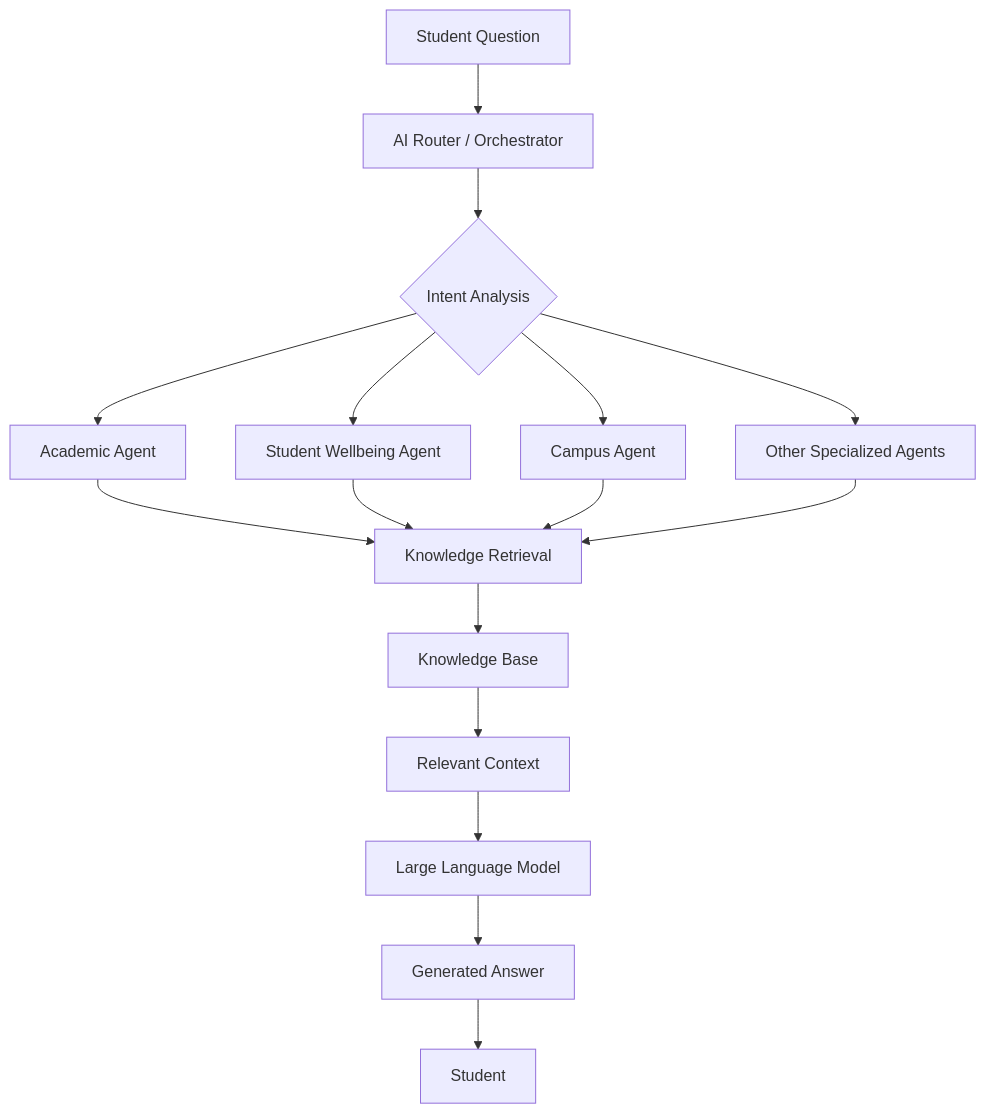
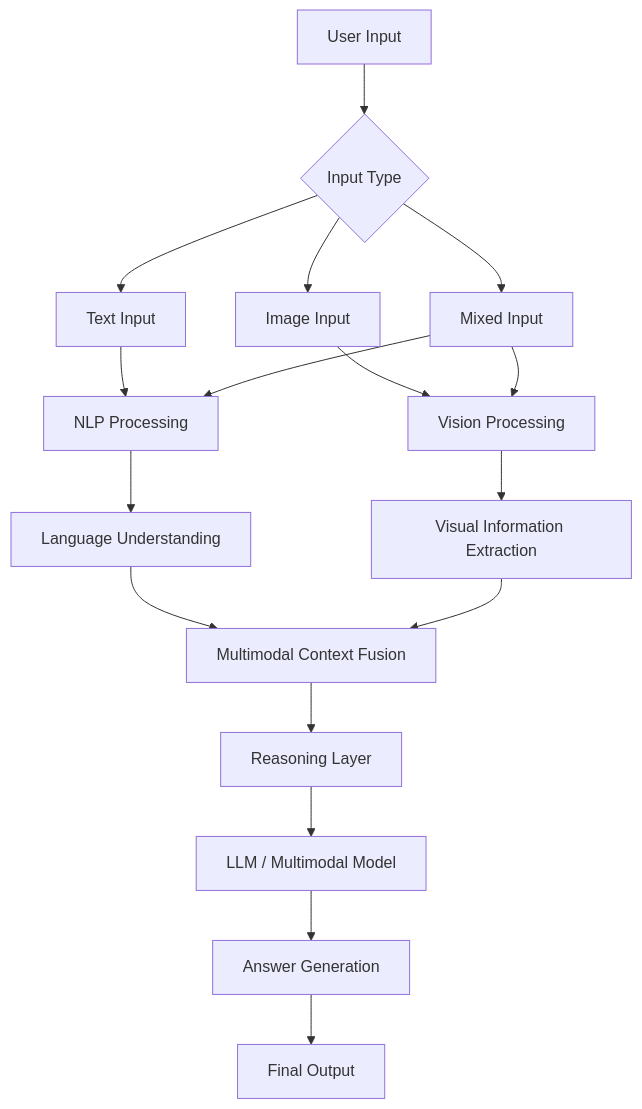
Before and after one commit to HoaiPhuoc-03/HoaiPhuoc-03: the first of 4 diagrams in README.md, drawn with Mermaid. The commit also changed other lines of this file, not shown here.

````diff
--- a/README.md
+++ b/README.md
@@ -262,27 +288,31 @@
 ```mermaid
 flowchart TD
 
-A[Student Question] --> B[AI Router / Orchestrator]
+A[User Input] --> B{Input Type}
 
-B --> C{Intent Analysis}
+B --> C[Text Input]
+B --> D[Image Input]
+B --> E[Mixed Input]
 
-C --> D[Academic Agent]
-C --> E[Student Wellbeing Agent]
-C --> F[Campus Agent]
-C --> G[Other Specialized Agents]
+C --> F[NLP Processing]
 
-D --> H[Knowledge Retrieval]
-E --> H
-F --> H
-G --> H
+D --> G[Vision Processing]
 
-H --> I[Knowledge Base]
+E --> F
+E --> G
 
-I --> J[Relevant Context]
+F --> H[Language Understanding]
 
-J --> K[Large Language Model]
+G --> I[Visual Information Extraction]
 
-K --> L[Generated Answer]
+H --> J[Multimodal Context Fusion]
+I --> J
 
-L --> M[Student]
+J --> K[Reasoning Layer]
+
+K --> L[LLM / Multimodal Model]
+
+L --> M[Answer Generation]
+
+M --> N[Final Output]
 ```
````
